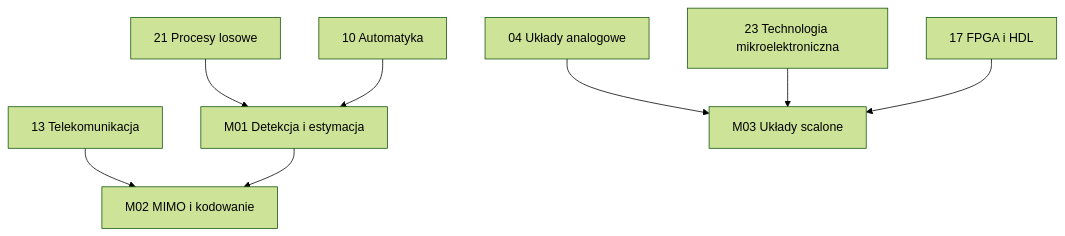
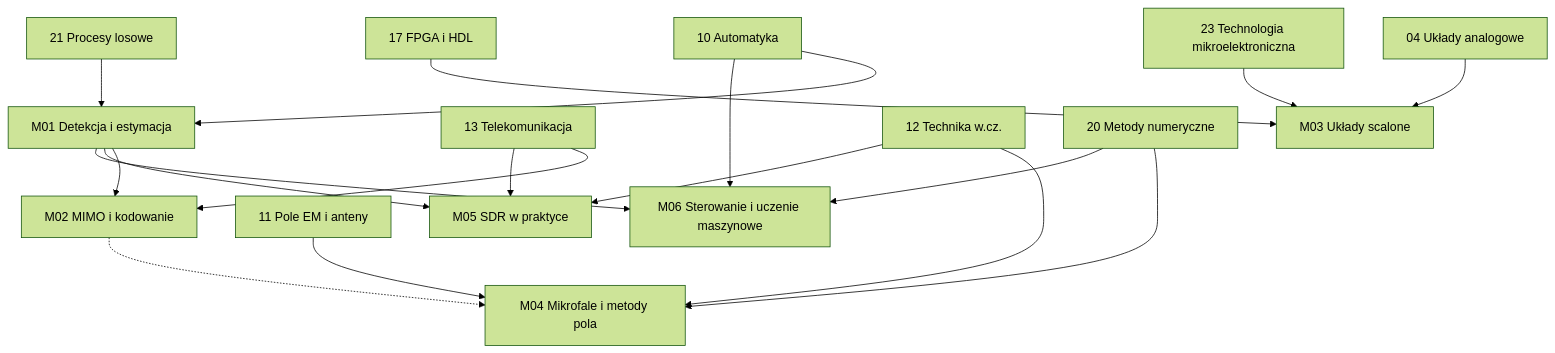
The diagram in masters/README.md (kanthakdominik/EiT), drawn with Mermaid (forest theme) before and after one commit. The commit also changed other lines of this file and 32 other files, not shown here.

First line of the commit message:
Dodaj ścieżkę magisterską M04–M06: mikrofale i metody pola, SDR w praktyce, sterowanie zaawansowane i uczenie maszynowe

````diff
--- a/masters/README.md
+++ b/masters/README.md
@@ -20,10 +20,20 @@
 ```mermaid
 graph TD
     B21[21 Procesy losowe] --> M01[M01 Detekcja i estymacja]
     B10[10 Automatyka] --> M01
     B13[13 Telekomunikacja] --> M02[M02 MIMO i kodowanie]
     M01 --> M02
     B04[04 Układy analogowe] --> M03[M03 Układy scalone]
     B23[23 Technologia mikroelektroniczna] --> M03
     B17[17 FPGA i HDL] --> M03
+    B11[11 Pole EM i anteny] --> M04[M04 Mikrofale i metody pola]
+    B12[12 Technika w.cz.] --> M04
+    B20[20 Metody numeryczne] --> M04
+    M02 -.-> M04
+    B13 --> M05[M05 SDR w praktyce]
+    B12 --> M05
+    M01 --> M05
+    B10 --> M06[M06 Sterowanie i uczenie maszynowe]
+    B20 --> M06
+    M01 --> M06
 ```
````
